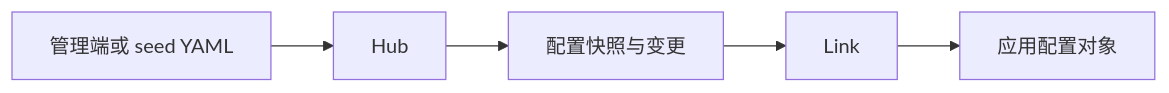
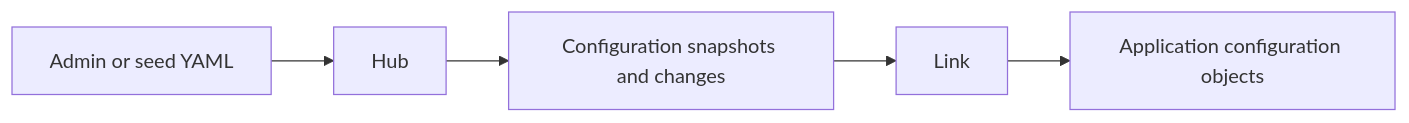
Before and after one commit to yorun-ai/vine-site: the diagram in docs/framework/configuration.md, drawn with Mermaid. The commit also changed other lines of this file and 107 other files, not shown here.

````diff
--- a/docs/framework/configuration.md
+++ b/docs/framework/configuration.md
@@ -58,4 +58,4 @@
 ```mermaid
 flowchart LR
-  Admin["管理端或 seed YAML"] --> Hub["Hub"] --> Redis["配置快照与变更"] --> Link["Link"] --> App["应用配置对象"]
+  Admin["Admin or seed YAML"] --> Hub["Hub"] --> Redis["Configuration snapshots and changes"] --> Link["Link"] --> App["Application configuration objects"]
 ```
````
